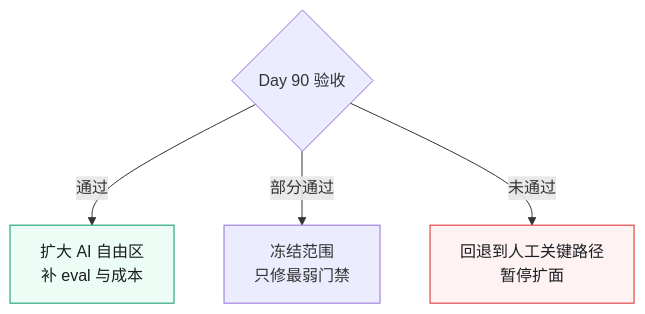
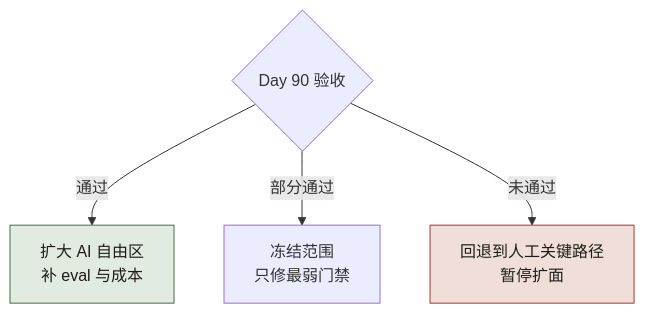
The third of 3 diagrams in docs/manuscript/ch02-90天总路线图.md (funny8kids/AI_Native_Software_Engineering), drawn with Mermaid before and after one commit. The commit also changed other lines of this file and 81 other files, not shown here.

````diff
--- a/docs/manuscript/ch02-90天总路线图.md
+++ b/docs/manuscript/ch02-90天总路线图.md
@@ -140,8 +212,8 @@
 ```mermaid
 flowchart TB
   D90{Day 90 验收} -->|通过| EXPAND[扩大 AI 自由区<br/>补 eval 与成本]
   D90 -->|部分通过| HOLD[冻结范围<br/>只修最弱门禁]
   D90 -->|未通过| ROLLBACK[回退到人工关键路径<br/>暂停扩面]
-  style EXPAND fill:#ecfdf5,stroke:#059669,color:#1a1d23
-  style ROLLBACK fill:#fef2f2,stroke:#dc2626,color:#1a1d23
+  style EXPAND fill:#e2ebdf,stroke:#3e7247,color:#1e1c19
+  style ROLLBACK fill:#f0dfd9,stroke:#a03b31,color:#1e1c19
 ```
````
